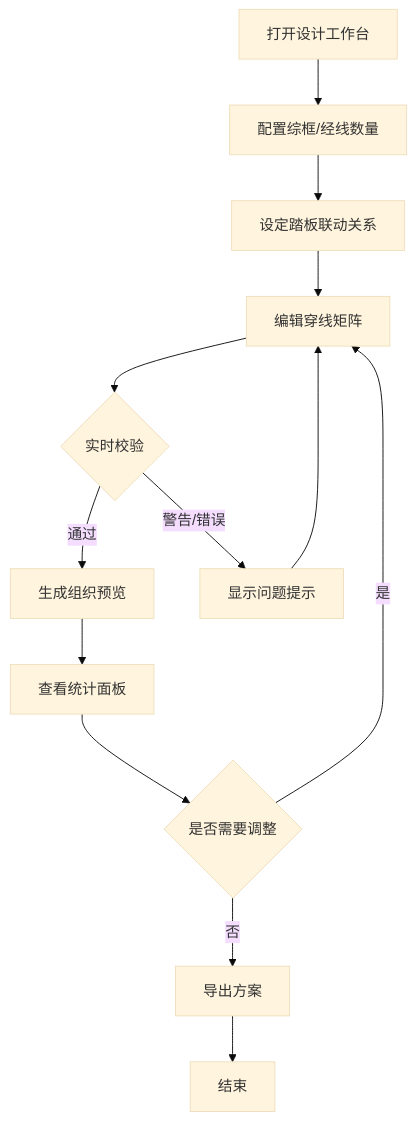
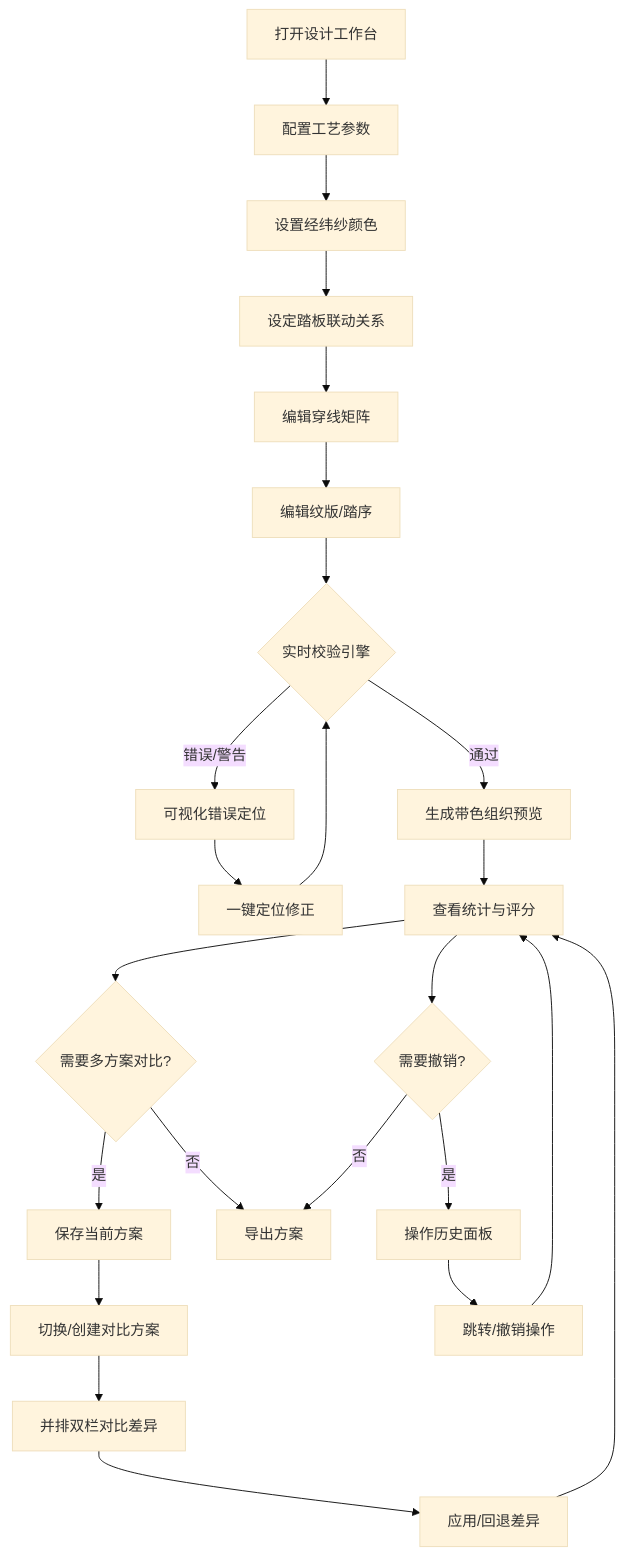
The diagram in .trae/documents/prd.md (wanfengfengii-ctrl/lf-41), drawn with Mermaid (base theme) before and after one commit. The commit also changed other lines of this file and 1 other file, not shown here.

````diff
--- a/.trae/documents/prd.md
+++ b/.trae/documents/prd.md
@@ -33,15 +44,26 @@
 ```mermaid
 flowchart TD
-    A["打开设计工作台"] --> B["配置综框/经线数量"]
-    B --> C["设定踏板联动关系"]
-    C --> D["编辑穿线矩阵"]
-    D --> E{"实时校验"}
-    E -->|"通过"| F["生成组织预览"]
-    E -->|"警告/错误"| G["显示问题提示"]
-    G --> D
-    F --> H["查看统计面板"]
-    H --> I{"是否需要调整"}
-    I -->|"是"| D
-    I -->|"否"| J["导出方案"]
-    J --> K["结束"]
+    A["打开设计工作台"] --> B["配置工艺参数"]
+    B --> C["设置经纬纱颜色"]
+    C --> D["设定踏板联动关系"]
+    D --> E["编辑穿线矩阵"]
+    E --> F["编辑纹版/踏序"]
+    F --> G{"实时校验引擎"}
+    G -->|"通过"| H["生成带色组织预览"]
+    G -->|"错误/警告"| I["可视化错误定位"]
+    I --> J["一键定位修正"]
+    J --> G
+    H --> K["查看统计与评分"]
+    K --> L{"需要多方案对比?"}
+    L -->|"是"| M["保存当前方案"]
+    M --> N["切换/创建对比方案"]
+    N --> O["并排双栏对比差异"]
+    O --> P["应用/回退差异"]
+    P --> K
+    L -->|"否"| Q["导出方案"]
+    K --> R{"需要撤销?"}
+    R -->|"是"| S["操作历史面板"]
+    S --> T["跳转/撤销操作"]
+    T --> K
+    R -->|"否"| Q
 ```
````
